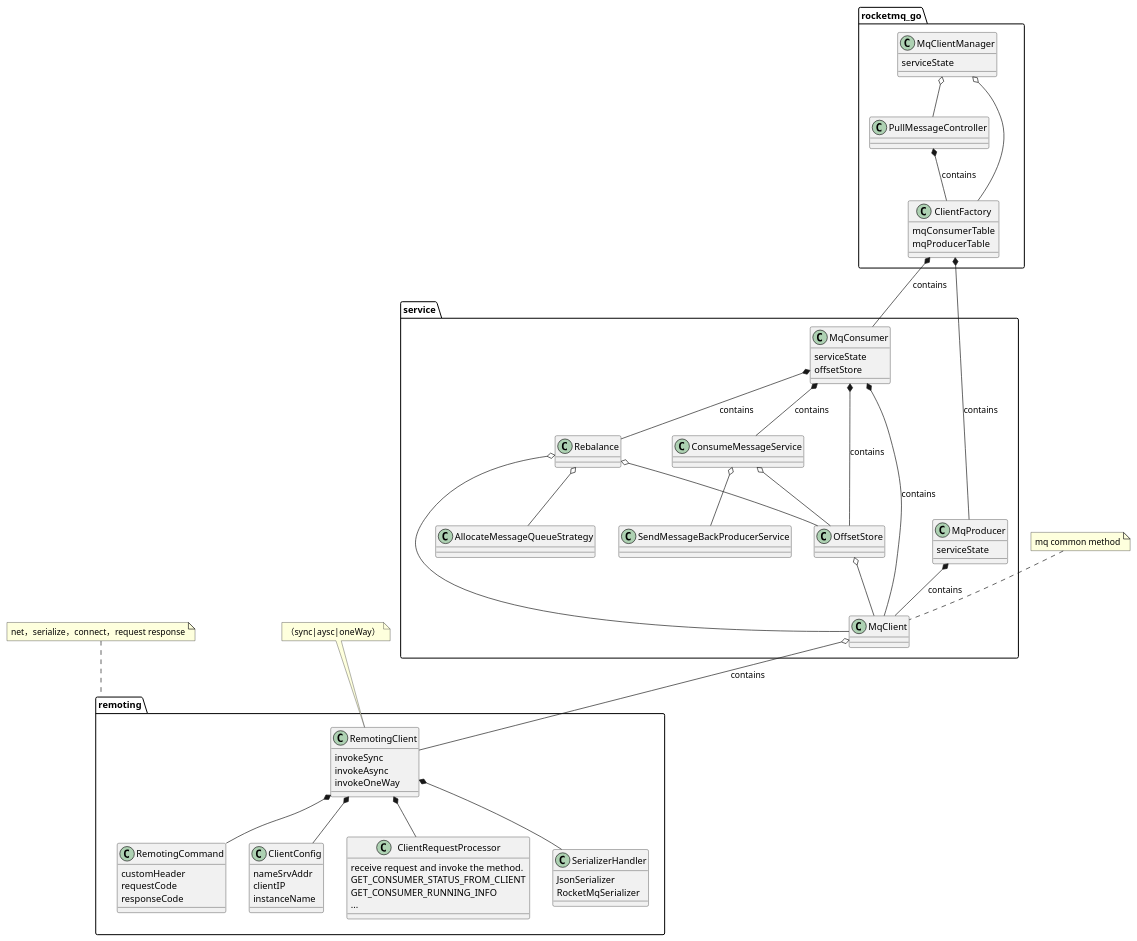
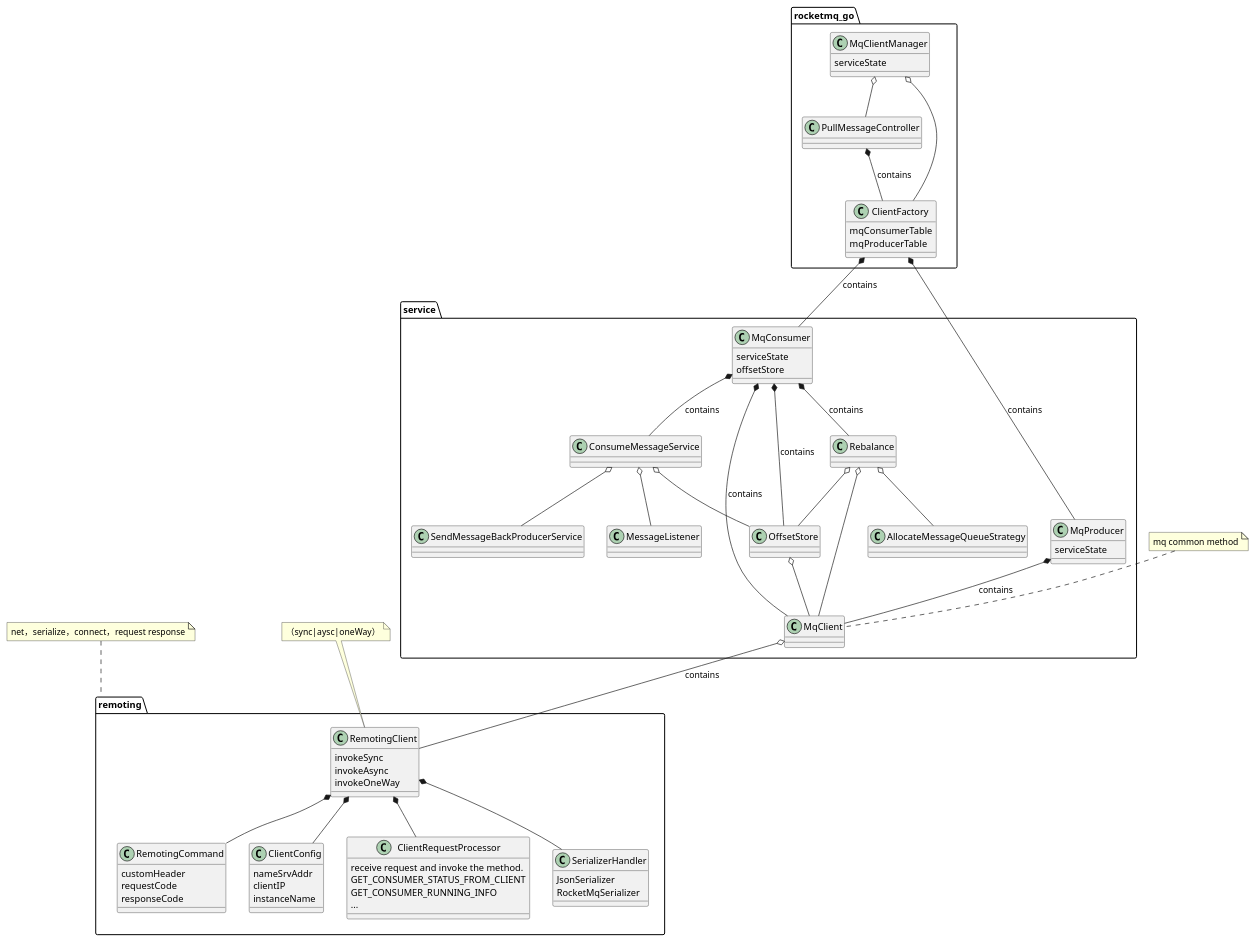
One commit to apache/rocketmq-externals changed the diagram in rocketmq-go/docs/package.puml. Above: the diagram before and after it, drawn with PlantUML. The commit also changed 4 other files, not shown here.

```diff
--- a/rocketmq-go/docs/package.puml
+++ b/rocketmq-go/docs/package.puml
@@ -1,96 +1,98 @@
 @startuml
 
 
 class rocketmq_go.MqClientManager{
 serviceState
 }
 class rocketmq_go.PullMessageController{
 
 }
 class service.AllocateMessageQueueStrategy{
 }
 class rocketmq_go.ClientFactory{
 mqConsumerTable
 mqProducerTable
 }
 class service.MqConsumer{
 serviceState
 offsetStore
 }
 class service.MqProducer{
 serviceState
  }
  class service.MqClient{
 
-
+ }
+ class service.MessageListener{
  }
   class remoting.RemotingClient{
    invokeSync
    invokeAsync
    invokeOneWay
   }
  class remoting.RemotingCommand{
   customHeader
   requestCode
   responseCode
  }
   class remoting.ClientConfig{
    nameSrvAddr
    clientIP
    instanceName
   }
   class remoting.ClientRequestProcessor{
      receive request and invoke the method.
      GET_CONSUMER_STATUS_FROM_CLIENT
      GET_CONSUMER_RUNNING_INFO
      ...
     }
     class remoting.SerializerHandler{
        JsonSerializer
        RocketMqSerializer
     }
 
 
 namespace service{
 
 
 rocketmq_go.PullMessageController *-- rocketmq_go.ClientFactory:contains
 rocketmq_go.ClientFactory *-- MqProducer:contains
 rocketmq_go.ClientFactory *-- MqConsumer:contains
 MqProducer *-- service.MqClient :contains
 MqConsumer *-- service.MqClient : contains
 MqConsumer *-- service.OffsetStore : contains
 MqConsumer *-- service.Rebalance : contains
 MqConsumer *-- service.ConsumeMessageService : contains
 
 }
 
 namespace service{
     MqClient o-- remoting.RemotingClient:contains
     OffsetStore o-- MqClient
     Rebalance o-- MqClient
     Rebalance o-- OffsetStore
     Rebalance o-- AllocateMessageQueueStrategy
     ConsumeMessageService o-- SendMessageBackProducerService
     ConsumeMessageService o-- OffsetStore
+    ConsumeMessageService o-- MessageListener
 }
 
 namespace remoting {
   RemotingClient  *-- RemotingCommand
   RemotingClient *-- ClientConfig
     RemotingClient  *-- ClientRequestProcessor
     RemotingClient *-- SerializerHandler
 
 
 }
 
 namespace rocketmq_go{
     MqClientManager o-- PullMessageController
     MqClientManager o-- ClientFactory
 }
 
 
 note top of remoting.RemotingClient :（sync|aysc|oneWay）
 note top of remoting :net，serialize，connect，request response
 note top of service.MqClient :mq common method
 @enduml
```
